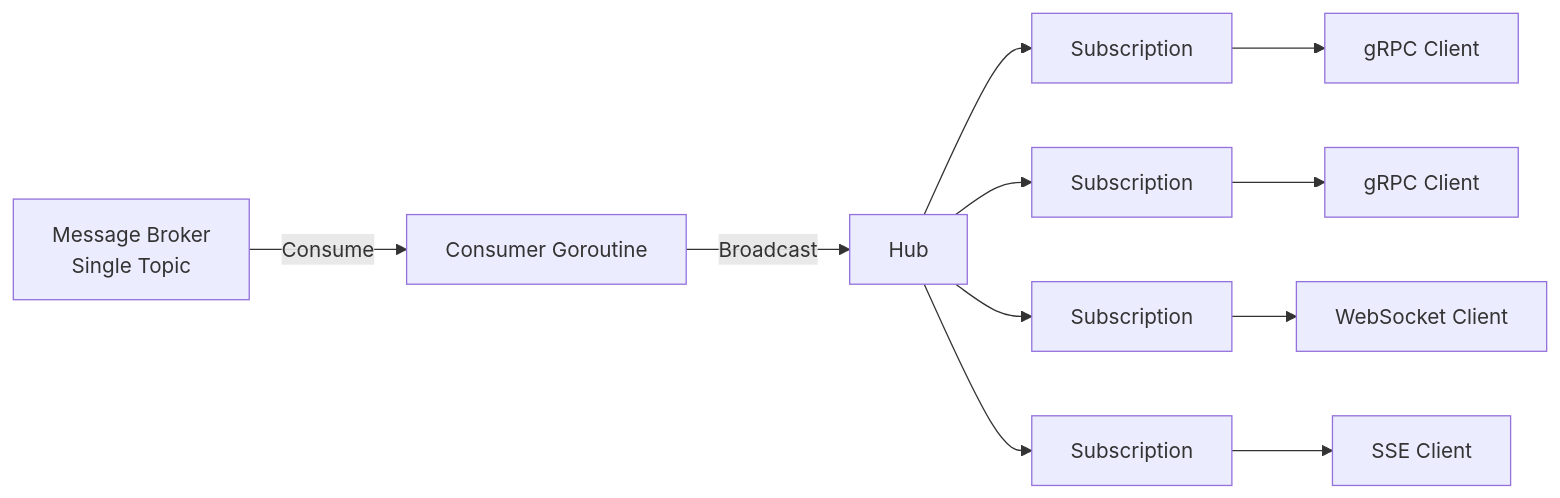
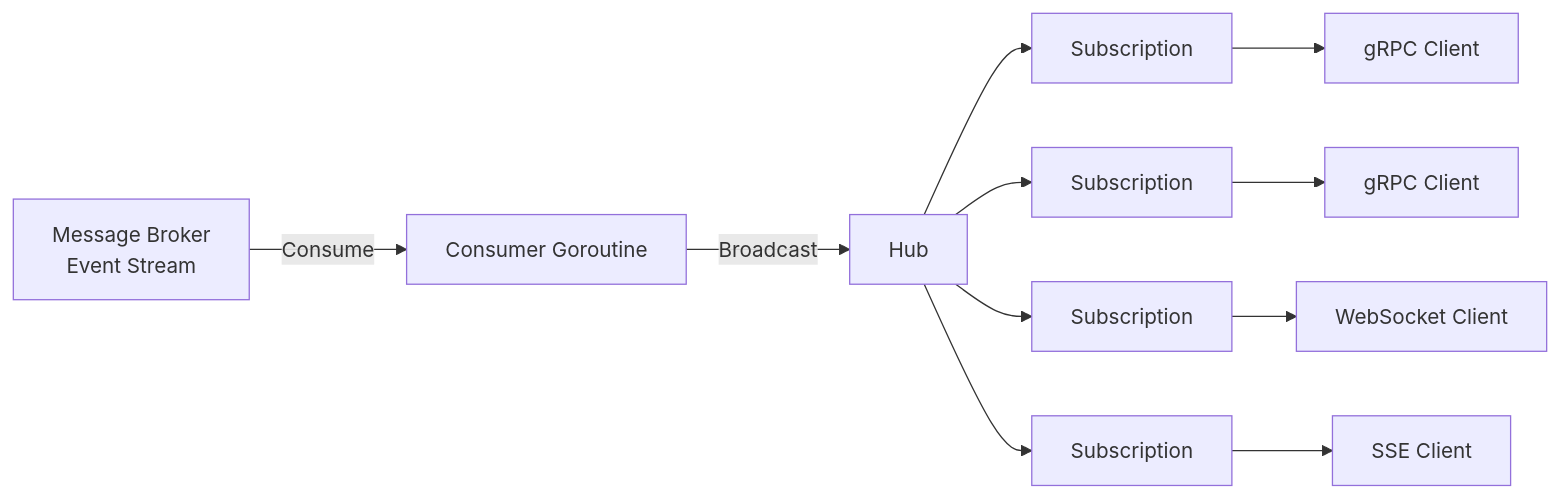
One commit to johnknl/replicators changed the diagram in README.md. Above: the diagram before and after it, drawn with Mermaid. The commit also changed other lines of this file, not shown here.

````diff
--- a/README.md
+++ b/README.md
@@ -27,19 +40,19 @@
 ```mermaid
 flowchart LR
-    broker["Message Broker<br>Single Topic"]
+    broker["Message Broker<br>Event Stream"]
     consumer["Consumer Goroutine"]
     hub["Hub"]
 
     broker -->|Consume| consumer
     consumer -->|Broadcast| hub
 
     hub --> sub1["Subscription"]
     hub --> sub2["Subscription"]
     hub --> sub3["Subscription"]
     hub --> sub4["Subscription"]
 
     sub1 --> grpc1["gRPC Client"]
     sub2 --> grpc2["gRPC Client"]
     sub3 --> ws1["WebSocket Client"]
     sub4 --> sse1["SSE Client"]
 ```
````
